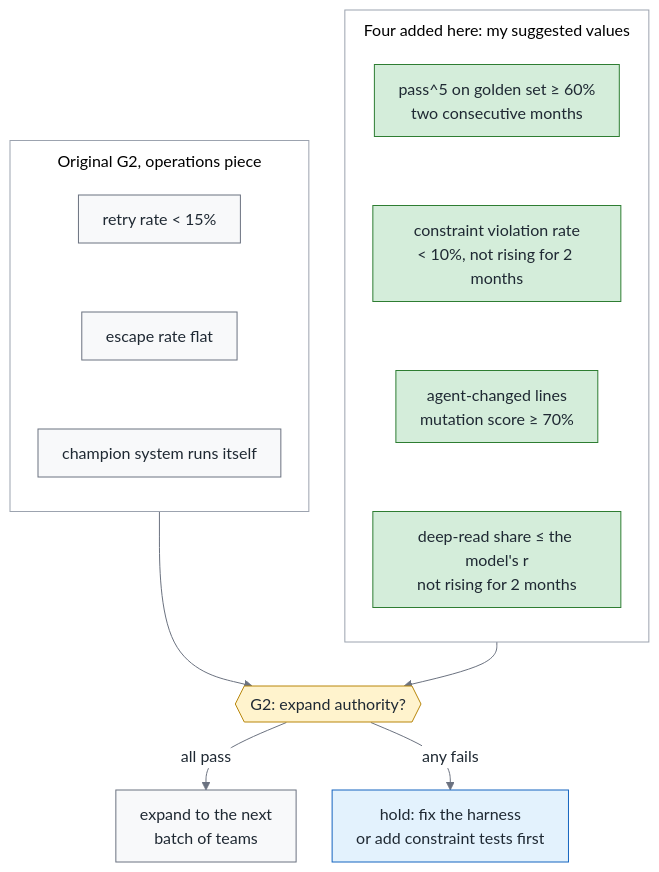
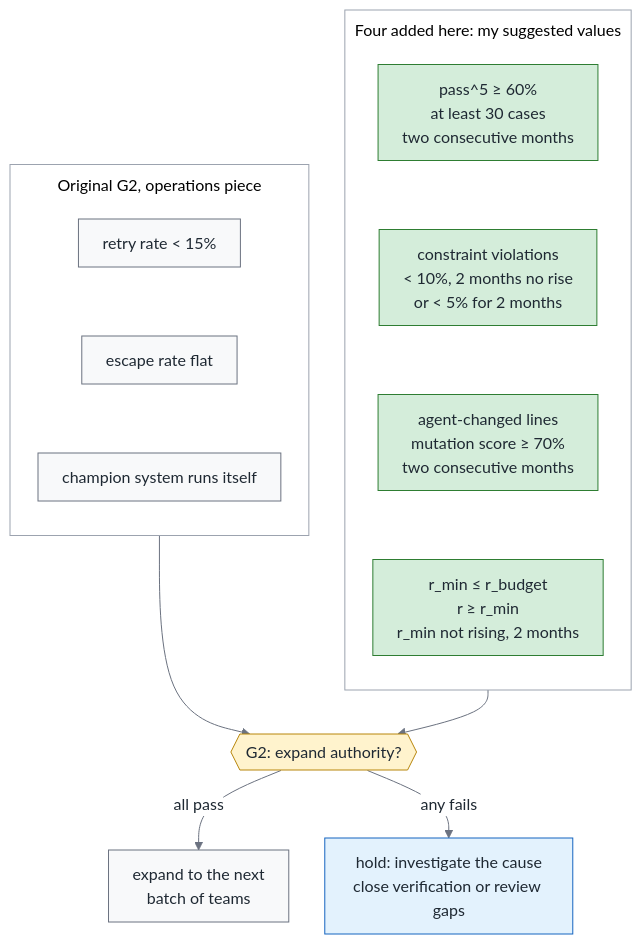
Before and after one commit to fantasybz/medium-articles: the fourth of 4 diagrams in 2026-10-green-reliability/article.en.md, drawn with Mermaid. The commit also changed other lines of this file and 93 other files, not shown here.

````diff
--- a/2026-10-green-reliability/article.en.md
+++ b/2026-10-green-reliability/article.en.md
@@ -451,47 +459,47 @@
 ```mermaid
 ---
 config:
   theme: base
   themeVariables:
     fontSize: 16px
     primaryColor: "#f8f9fa"
     primaryTextColor: "#1f2933"
     primaryBorderColor: "#6b7280"
     lineColor: "#6b7280"
     secondaryColor: "#f8f9fa"
     tertiaryColor: "#ffffff"
     clusterBkg: "#ffffff"
     clusterBorder: "#9ca3af"
     edgeLabelBackground: "#ffffff"
   flowchart:
     nodeSpacing: 36
     rankSpacing: 44
     padding: 12
     htmlLabels: true
     subGraphTitleMargin:
       top: 8
       bottom: 12
     curve: basis
 ---
 flowchart TB
     classDef own fill:#d4edda,stroke:#2e7d32,color:#1f2933
     classDef buy fill:#fff3cd,stroke:#b8860b,color:#1f2933
     classDef bad fill:#ffe0e0,stroke:#c0392b,color:#1f2933
     classDef human fill:#e3f2fd,stroke:#1565c0,color:#1f2933
     subgraph cur["Original G2, operations piece"]
         direction TB
         O1["retry rate #lt; 15%"] ~~~ O2["escape rate flat"] ~~~ O3["champion system runs itself"]
     end
     subgraph add["Four added here: my suggested values"]
         direction TB
-        N1["pass^5 on golden set ≥ 60%<br/>two consecutive months"] ~~~ N2["constraint violation rate<br/>#lt; 10%, not rising for 2 months"]
-        N2 ~~~ N3["agent-changed lines<br/>mutation score ≥ 70%"] ~~~ N4["deep-read share ≤ the model's r<br/>not rising for 2 months"]
+        N1["pass^5 ≥ 60%<br/>at least 30 cases<br/>two consecutive months"] ~~~ N2["constraint violations<br/>#lt; 10%, 2 months no rise<br/>or #lt; 5% for 2 months"]
+        N2 ~~~ N3["agent-changed lines<br/>mutation score ≥ 70%<br/>two consecutive months"] ~~~ N4["r_min ≤ r_budget<br/>r ≥ r_min<br/>r_min not rising, 2 months"]
     end
     cur --> G{{"G2: expand authority?"}}
     add --> G
     G -->|all pass| Y["expand to the next<br/>batch of teams"]
-    G -->|any fails| K["hold: fix the harness<br/>or add constraint tests first"]
+    G -->|any fails| K["hold: investigate the cause<br/>close verification or review gaps"]
     class N1,N2,N3,N4 own
     class G buy
     class K human
 ```
````
